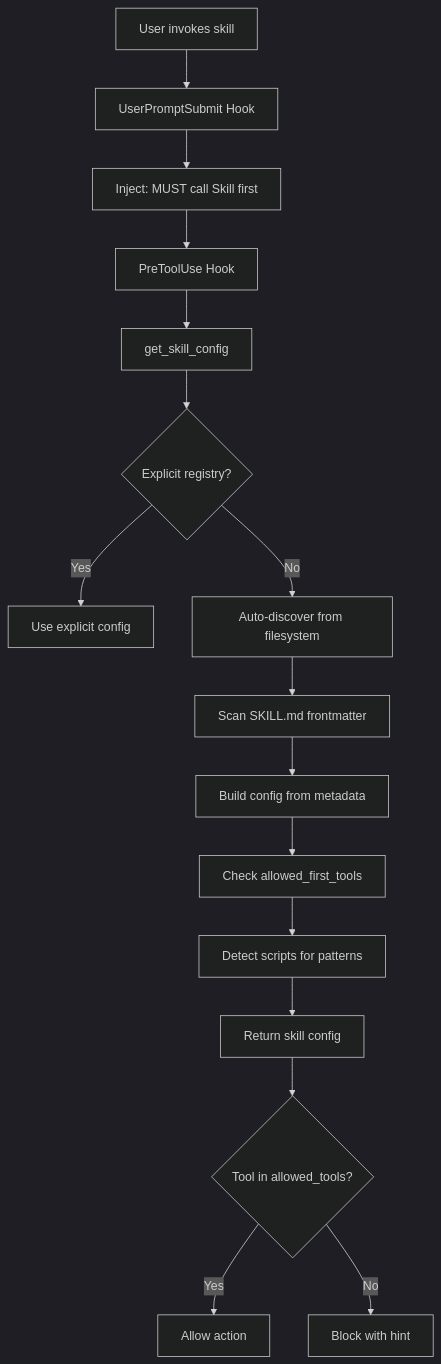
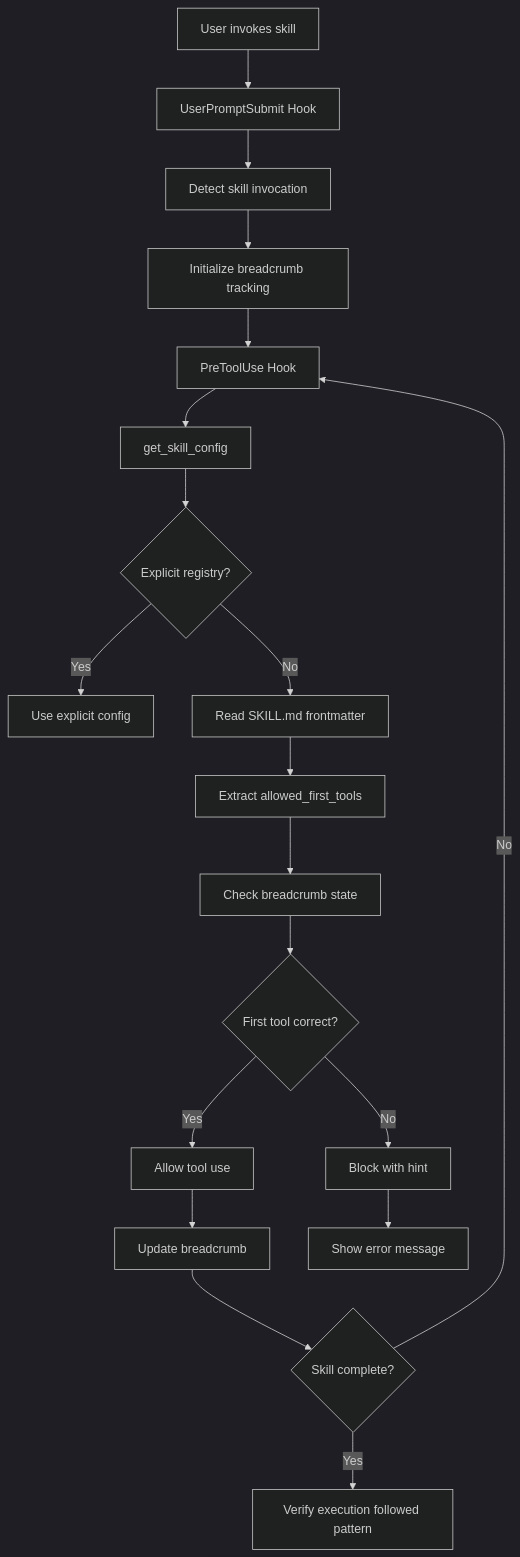
One commit to EndUser123/skill-guard changed the diagram in README.md. Above: the diagram before and after it, drawn with Mermaid (dark theme). The commit also changed other lines of this file, not shown here.

Commit message:
docs: update README documentation## WHY Documentation update needed.
## WHAT
- Update README.md

## VERIFICATION
Review changes manually.

````diff
--- a/README.md
+++ b/README.md
@@ -123,18 +123,21 @@
 ```mermaid
 graph TD
     A[User invokes skill] --> B[UserPromptSubmit Hook]
-    B --> C[Inject: MUST call Skill first]
-    C --> D[PreToolUse Hook]
-    D --> E[get_skill_config]
-    E --> F{Explicit registry?}
-    F -->|Yes| G[Use explicit config]
-    F -->|No| H[Auto-discover from filesystem]
-    H --> I[Scan SKILL.md frontmatter]
-    I --> J[Build config from metadata]
-    J --> K[Check allowed_first_tools]
-    K --> L[Detect scripts for patterns]
-    L --> M[Return skill config]
-    M --> N{Tool in allowed_tools?}
-    N -->|Yes| O[Allow action]
-    N -->|No| P[Block with hint]
+    B --> C[Detect skill invocation]
+    C --> D[Initialize breadcrumb tracking]
+    D --> E[PreToolUse Hook]
+    E --> F[get_skill_config]
+    F --> G{Explicit registry?}
+    G -->|Yes| H[Use explicit config]
+    G -->|No| I[Read SKILL.md frontmatter]
+    I --> J[Extract allowed_first_tools]
+    J --> K[Check breadcrumb state]
+    K --> L{First tool correct?}
+    L -->|Yes| M[Allow tool use]
+    L -->|No| N[Block with hint]
+    M --> O[Update breadcrumb]
+    N --> P[Show error message]
+    O --> Q{Skill complete?}
+    Q -->|No| E
+    Q -->|Yes| R[Verify execution followed pattern]
 ```
````
